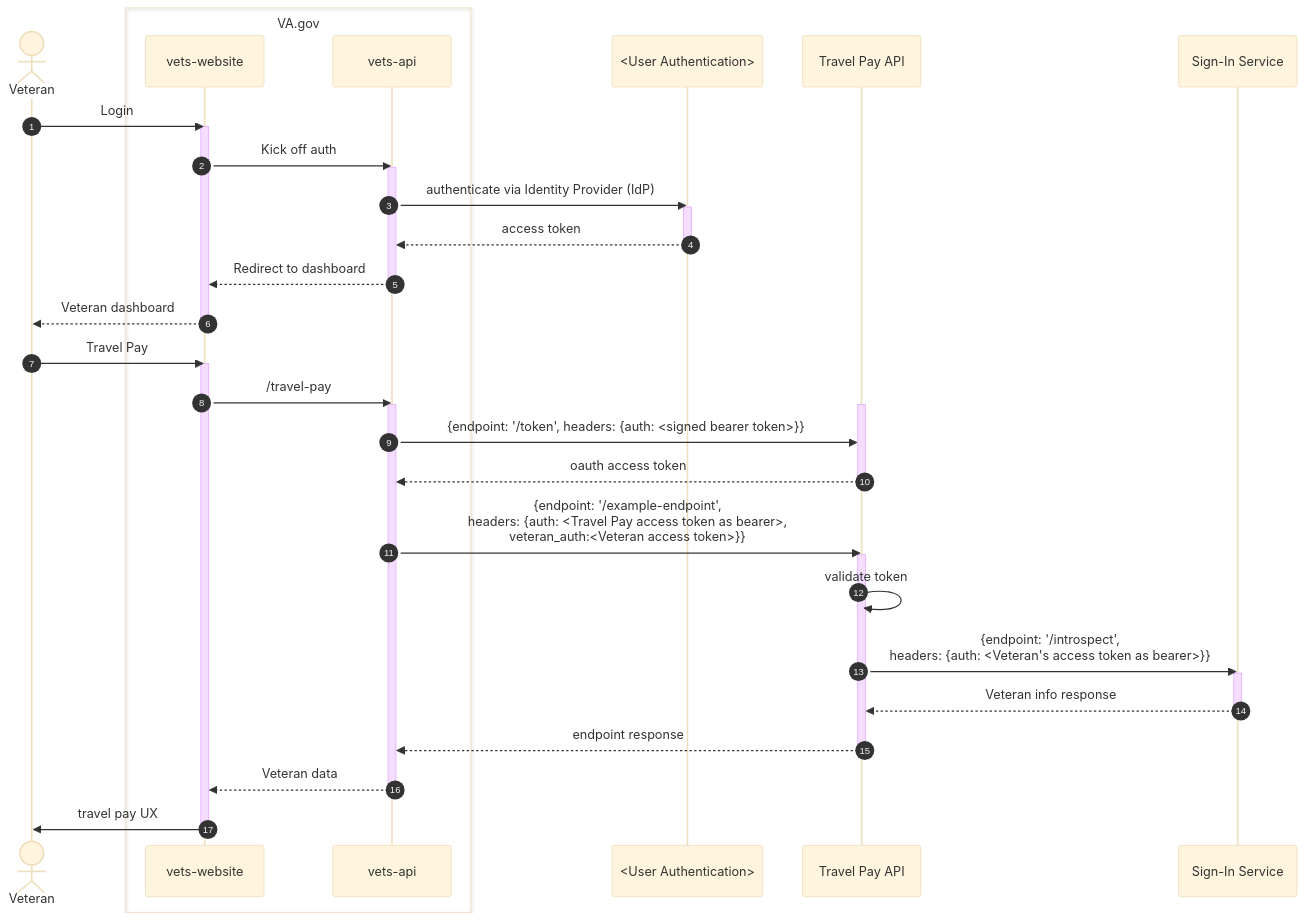
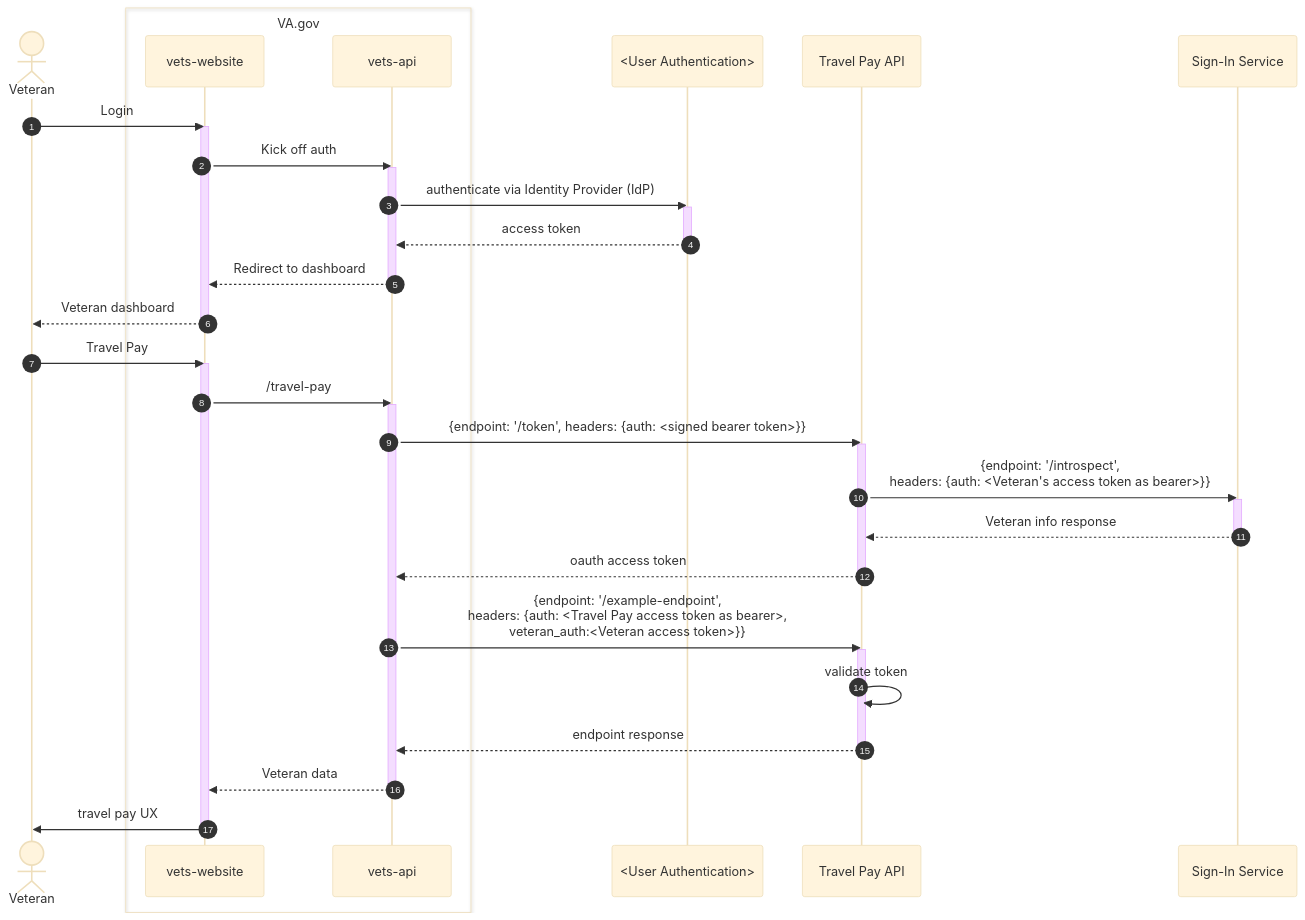
Before and after one commit to department-of-veterans-affairs/va.gov-team: the diagram in products/health-care/beneficiary-travel/engineering/auth-seq-diagram.md, drawn with Mermaid (base theme).

Commit message:
Update auth-seq-diagram.md to include introspection at token generation

````diff
--- a/products/health-care/beneficiary-travel/engineering/auth-seq-diagram.md
+++ b/products/health-care/beneficiary-travel/engineering/auth-seq-diagram.md
@@ -1,55 +1,54 @@
 ```mermaid
 sequenceDiagram
 autonumber
   actor v as Veteran
   box VA.gov
     participant vweb as vets-website
     participant vapi as vets-api
   end
   participant uauth as <User Authentication>
   participant tpapi as Travel Pay API
   participant sis as Sign-In Service
 
   v->>vweb: Login
   activate vweb
     vweb->>vapi: Kick off auth
     activate vapi
     vapi->>uauth: authenticate via Identity Provider (IdP)
 
     activate uauth
       uauth-->>vapi: access token
     deactivate uauth
     vapi-->>vweb: Redirect to dashboard
     deactivate vapi
     vweb-->>v: Veteran dashboard
     deactivate vweb
 
     v->>vweb: Travel Pay
     activate vweb
     vweb->>vapi: /travel-pay
     activate vapi
 
-    activate tpapi
       vapi->>tpapi: {endpoint: '/token', headers: {auth: <signed bearer token>}}
+      activate tpapi
+      tpapi->>sis: {endpoint: '/introspect',<br/>headers: {auth: <Veteran's access token as bearer>}}
+      activate sis
+        sis-->>tpapi: Veteran info response
+      deactivate sis
 
       tpapi-->>vapi: oauth access token
     deactivate tpapi
 
     vapi->>tpapi: {endpoint: '/example-endpoint',<br/>headers: {auth: <Travel Pay access token as bearer>,<br/>veteran_auth:<Veteran access token>}}
 
     activate tpapi
       tpapi->>tpapi: validate token
 
-      tpapi->>sis: {endpoint: '/introspect',<br/>headers: {auth: <Veteran's access token as bearer>}}
-      activate sis
-        sis-->>tpapi: Veteran info response
-      deactivate sis
-
       tpapi-->>vapi: endpoint response
     deactivate tpapi
     
     vapi-->>vweb: Veteran data
     deactivate vapi
     vweb->>v: travel pay UX
   deactivate vweb
 ```
````
